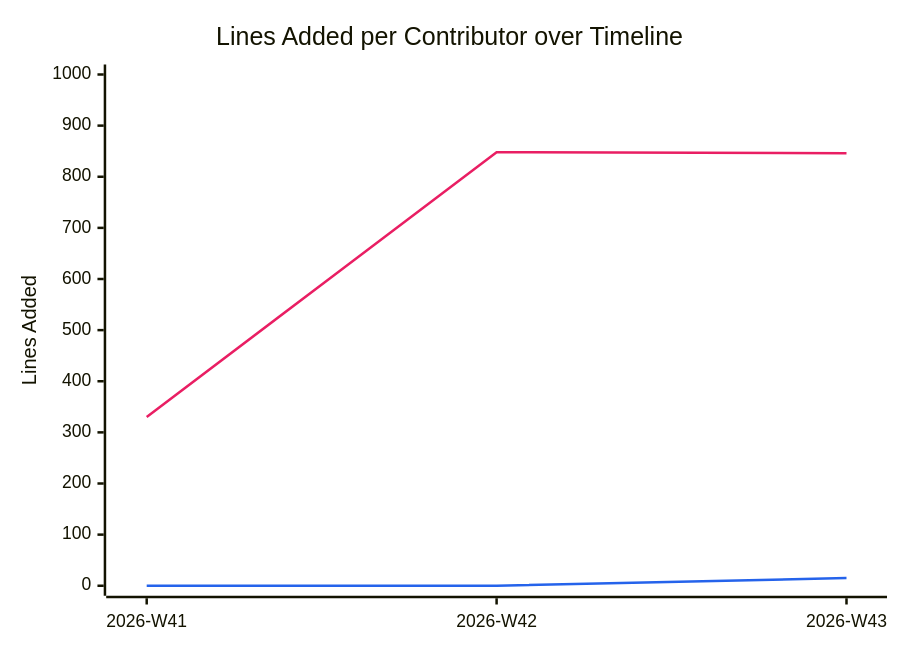
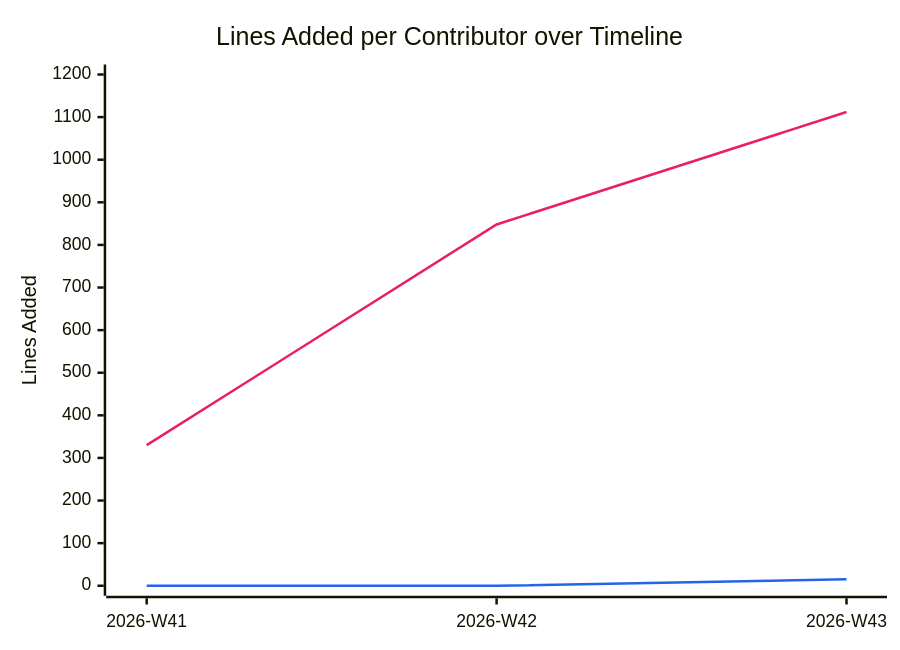
Before and after one commit to BeyondMagic/swe-template: the diagram in documentation/snippets/management/code-additions.mmd, drawn with Mermaid. The commit also changed 2 other files, not shown here.

```diff
--- a/documentation/snippets/management/code-additions.mmd
+++ b/documentation/snippets/management/code-additions.mmd
@@ -1,7 +1,7 @@
 %%{init: {"themeVariables": {"xyChart": {"plotColorPalette": "#e91e63, #2563eb"}}}}%%
 xychart-beta
     title "Lines Added per Contributor over Timeline"
     x-axis ["2026-W41", "2026-W42", "2026-W43"]
-    y-axis "Lines Added" 0 --> 1000
-    line [330, 848, 846]
+    y-axis "Lines Added" 0 --> 1200
+    line [330, 848, 1112]
     line [0, 0, 15]
```
